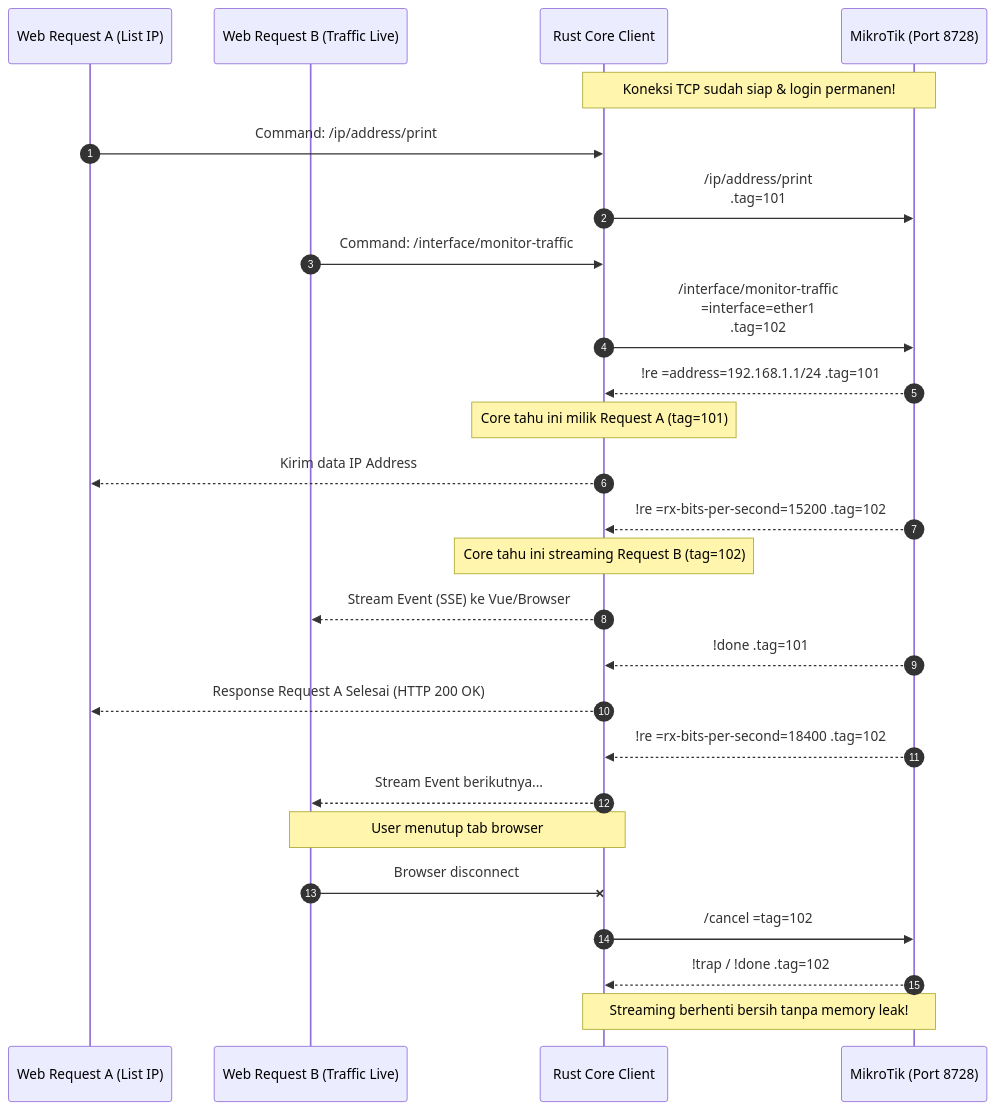
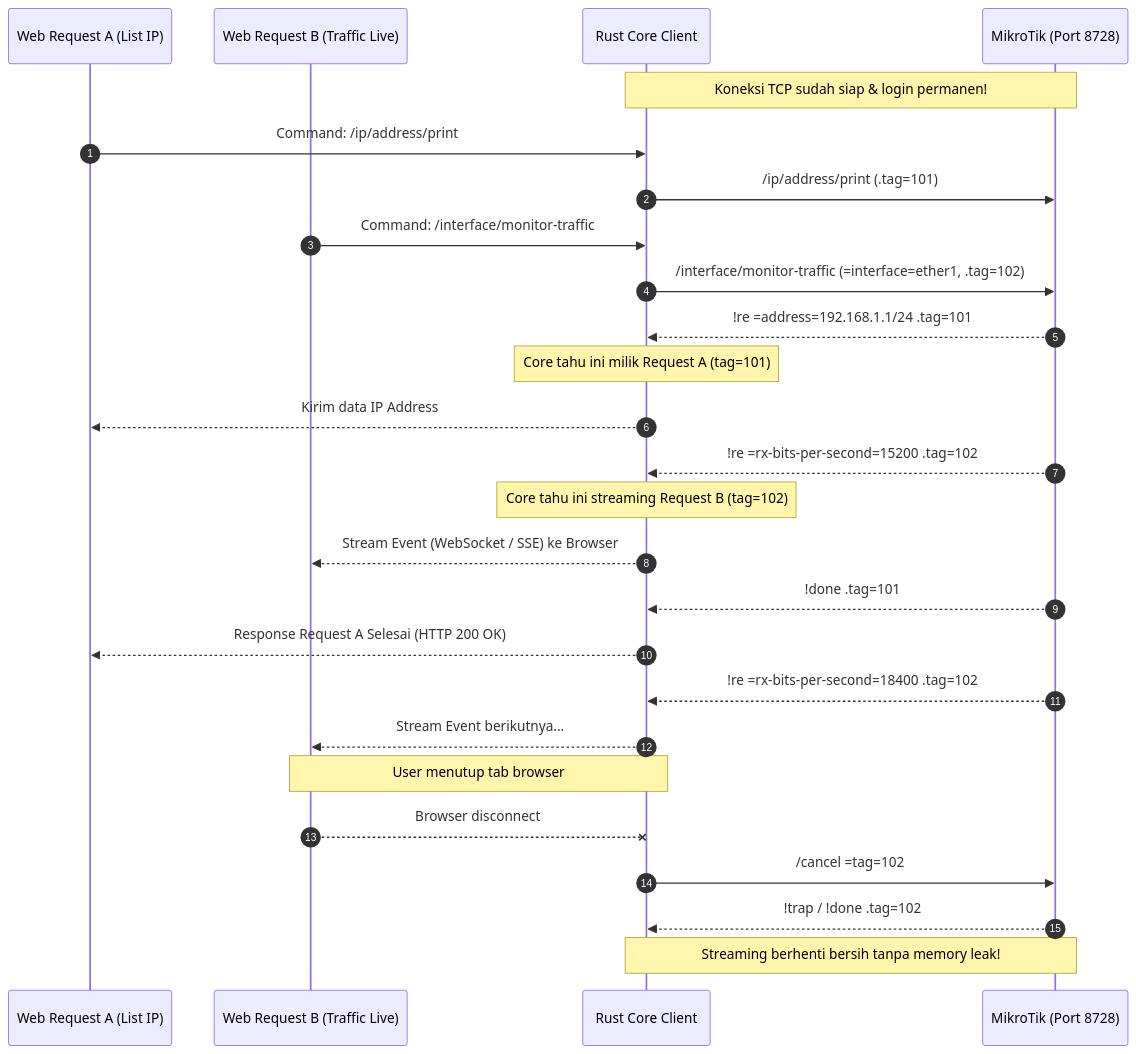
Before and after one commit to salman-mustapa/mikrotik-service: the third of 3 diagrams in docs/01-arsitektur-dan-alur.md, drawn with Mermaid. The commit also changed other lines of this file and 13 other files, not shown here.

Commit message:
fix(docs): resolve GitHub Mermaid parsing errors with clean syntax and high-res vector SVGs; feat: add WebSocket engine (/ws) and Fast-Path overview snapshot (/api/v1/overview)

````diff
--- a/docs/01-arsitektur-dan-alur.md
+++ b/docs/01-arsitektur-dan-alur.md
@@ -86,36 +87,36 @@
 ```mermaid
 sequenceDiagram
     autonumber
     participant App1 as Web Request A (List IP)
     participant App2 as Web Request B (Traffic Live)
     participant Core as Rust Core Client
     participant MT as MikroTik (Port 8728)
 
     Note over Core,MT: Koneksi TCP sudah siap & login permanen!
 
     App1->>Core: Command: /ip/address/print
-    Core->>MT: /ip/address/print <br/> .tag=101
+    Core->>MT: /ip/address/print (.tag=101)
     
     App2->>Core: Command: /interface/monitor-traffic
-    Core->>MT: /interface/monitor-traffic <br/> =interface=ether1 <br/> .tag=102
+    Core->>MT: /interface/monitor-traffic (=interface=ether1, .tag=102)
 
     MT-->>Core: !re =address=192.168.1.1/24 .tag=101
     Note over Core: Core tahu ini milik Request A (tag=101)
     Core-->>App1: Kirim data IP Address
 
     MT-->>Core: !re =rx-bits-per-second=15200 .tag=102
     Note over Core: Core tahu ini streaming Request B (tag=102)
-    Core-->>App2: Stream Event (SSE) ke Vue/Browser
+    Core-->>App2: Stream Event (WebSocket / SSE) ke Browser
 
     MT-->>Core: !done .tag=101
     Core-->>App1: Response Request A Selesai (HTTP 200 OK)
 
     MT-->>Core: !re =rx-bits-per-second=18400 .tag=102
     Core-->>App2: Stream Event berikutnya...
 
     Note over App2,Core: User menutup tab browser
-    App2-xCore: Browser disconnect
+    App2--xCore: Browser disconnect
     Core->>MT: /cancel =tag=102
     MT-->>Core: !trap / !done .tag=102
     Note over Core,MT: Streaming berhenti bersih tanpa memory leak!
 ```
````
